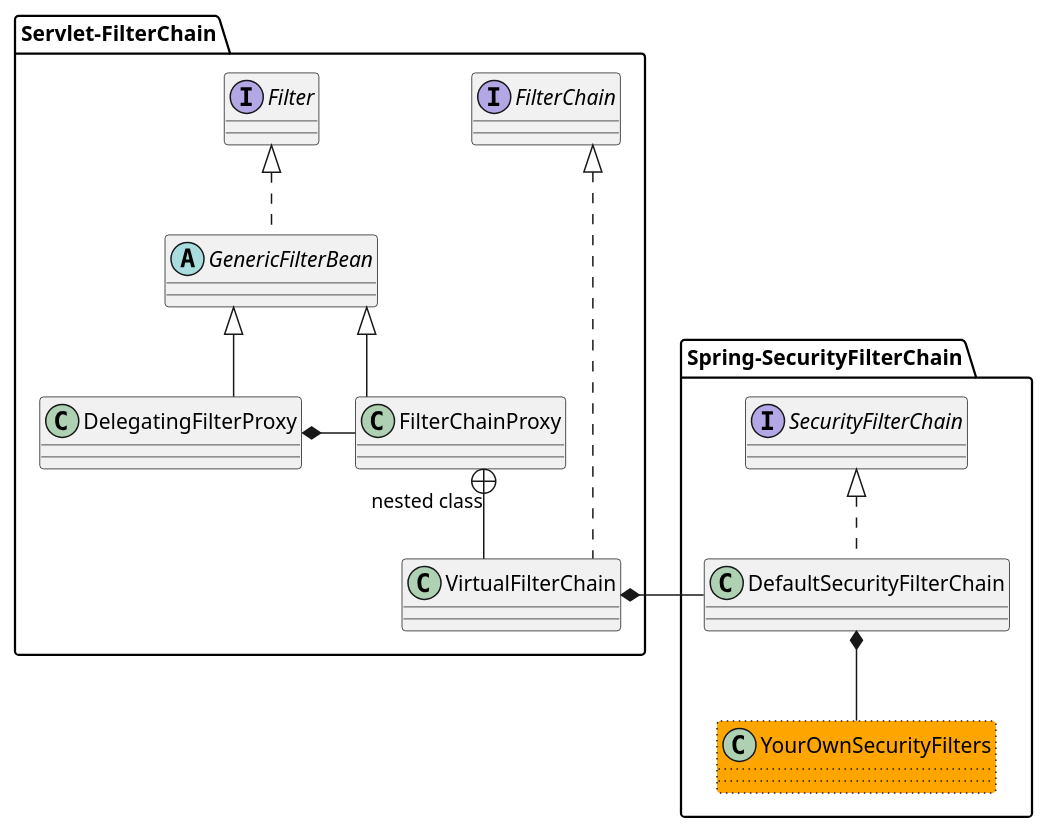
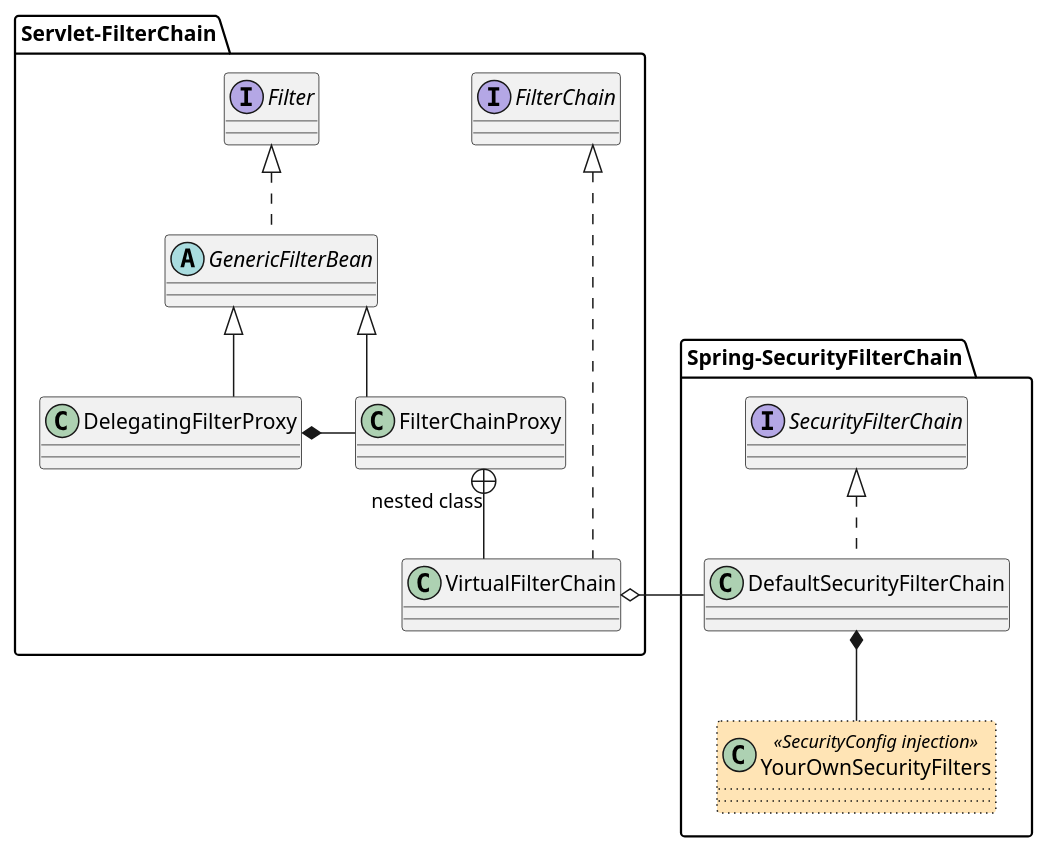
Before and after one commit to whwha/spring-security-authentication: the diagram in src/uml/authenticationStep3-1.puml, drawn with PlantUML. The commit also changed 12 other files, not shown here.

Commit message:
authentication step3-2 from interceptor to filter

```diff
--- a/src/uml/authenticationStep3-1.puml
+++ b/src/uml/authenticationStep3-1.puml
@@ -1,73 +1,43 @@
 @startuml
 'https://plantuml.com/class-diagram
 
 allowmixing
 skinparam linetype ortho
 'skinparam linetype polyline
 
 'rectangle client
 
 package Servlet-FilterChain {
     interface FilterChain
     interface Filter
     abstract class GenericFilterBean
     class DelegatingFilterProxy
     class FilterChainProxy
     class VirtualFilterChain
 }
 
 
-
-
 package Spring-SecurityFilterChain {
     interface SecurityFilterChain
     class DefaultSecurityFilterChain
-    class YourOwnSecurityFilters #orange ##[dotted]
+    class YourOwnSecurityFilters <<SecurityConfig injection>> #moccasin ##[dotted]
 }
 
 
 Filter <|.. GenericFilterBean
 GenericFilterBean <|-- DelegatingFilterProxy
 GenericFilterBean <|-- FilterChainProxy
 
 DelegatingFilterProxy *- FilterChainProxy
 
 FilterChain <|.... VirtualFilterChain
 FilterChainProxy +-- VirtualFilterChain: nested class
 '    uml 2.x spec: nested class
 '    https://www.uml-diagrams.org/nested-classifier.html
 
 SecurityFilterChain <|.. DefaultSecurityFilterChain
-VirtualFilterChain *- DefaultSecurityFilterChain
+VirtualFilterChain o- DefaultSecurityFilterChain
 DefaultSecurityFilterChain *-- YourOwnSecurityFilters
 
 
-
-'package app {
-'    class Member
-'    class MemberRepository
-'}
-'
-'Member <- MemberRepository
-'
-'package security {
-'    class BasicAuthenticationInterceptor
-'    class UsernamePasswordAuthenticationInterceptor
-'
-'    interface UserDetails
-'    interface UserDetailsService
-'}
-'
-''Member ..|> UserDetails
-'MemberRepository ..|> UserDetailsService
-'
-'UserDetailsService <-- BasicAuthenticationInterceptor
-'UserDetailsService <-- UsernamePasswordAuthenticationInterceptor
-'
-'UserDetails <-- BasicAuthenticationInterceptor
-'UserDetails <-- UsernamePasswordAuthenticationInterceptor
-'UserDetails <- UserDetailsService
-
-
-
 @enduml
```
